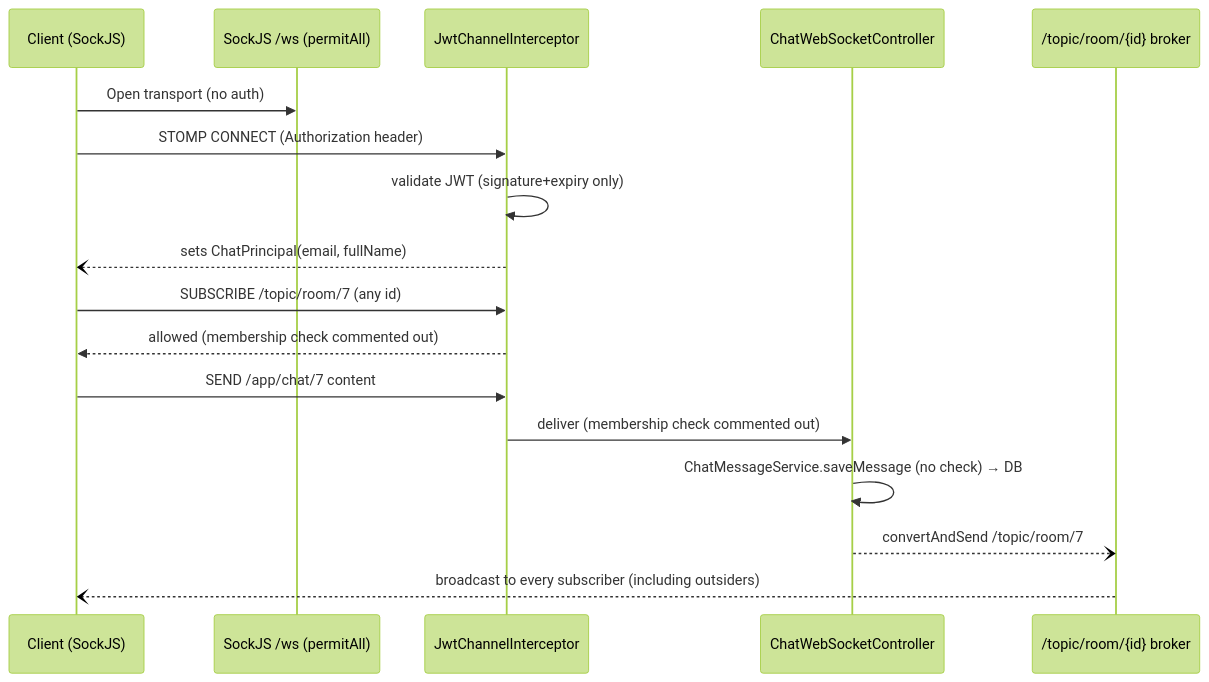
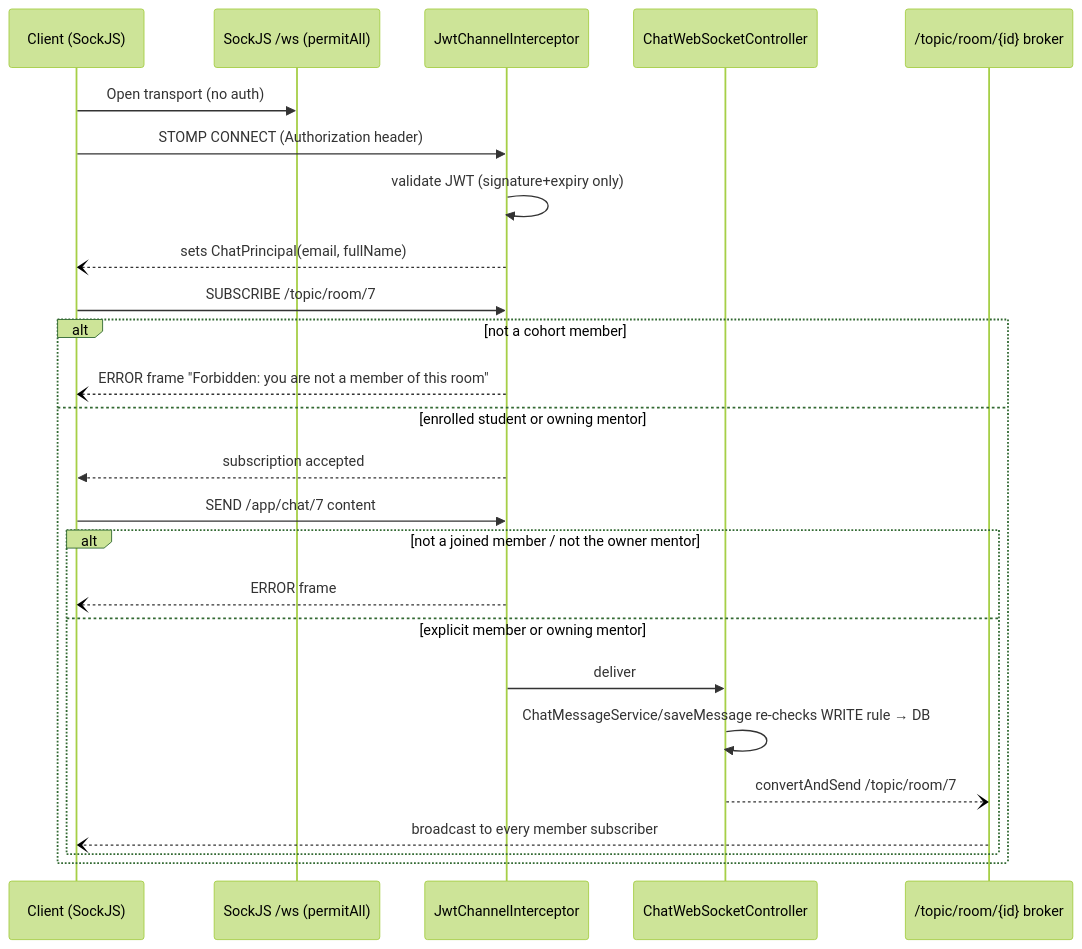
One commit to MooRaa86/EduNest changed the diagram in mds/websocket/connection-lifecycle.md. Above: the diagram before and after it, drawn with Mermaid (forest theme). The commit also changed other lines of this file and 14 other files, not shown here.

````diff
--- a/mds/websocket/connection-lifecycle.md
+++ b/mds/websocket/connection-lifecycle.md
@@ -44,20 +43,28 @@
 ```mermaid
 sequenceDiagram
   participant FE as Client (SockJS)
   participant S as SockJS /ws (permitAll)
   participant CI as JwtChannelInterceptor
   participant C as ChatWebSocketController
   participant B as /topic/room/{id} broker
 
   FE->>S: Open transport (no auth)
   FE->>CI: STOMP CONNECT (Authorization header)
   CI->>CI: validate JWT (signature+expiry only)
   CI--)FE: sets ChatPrincipal(email, fullName)
-  FE->>CI: SUBSCRIBE /topic/room/7 (any id)
-  CI-->>FE: allowed (membership check commented out)
-  FE->>CI: SEND /app/chat/7 content
-  CI->>C: deliver (membership check commented out)
-  C->>C: ChatMessageService.saveMessage (no check) → DB
-  C--)B: convertAndSend /topic/room/7
-  B--)FE: broadcast to every subscriber (including outsiders)
+  FE->>CI: SUBSCRIBE /topic/room/7
+  alt not a cohort member
+    CI--)FE: ERROR frame "Forbidden: you are not a member of this room"
+  else enrolled student or owning mentor
+    CI-->>FE: subscription accepted
+    FE->>CI: SEND /app/chat/7 content
+    alt not a joined member / not the owner mentor
+      CI--)FE: ERROR frame
+    else explicit member or owning mentor
+      CI->>C: deliver
+      C->>C: ChatMessageService/saveMessage re-checks WRITE rule → DB
+      C--)B: convertAndSend /topic/room/7
+      B--)FE: broadcast to every member subscriber
+    end
+  end
 ```
````
